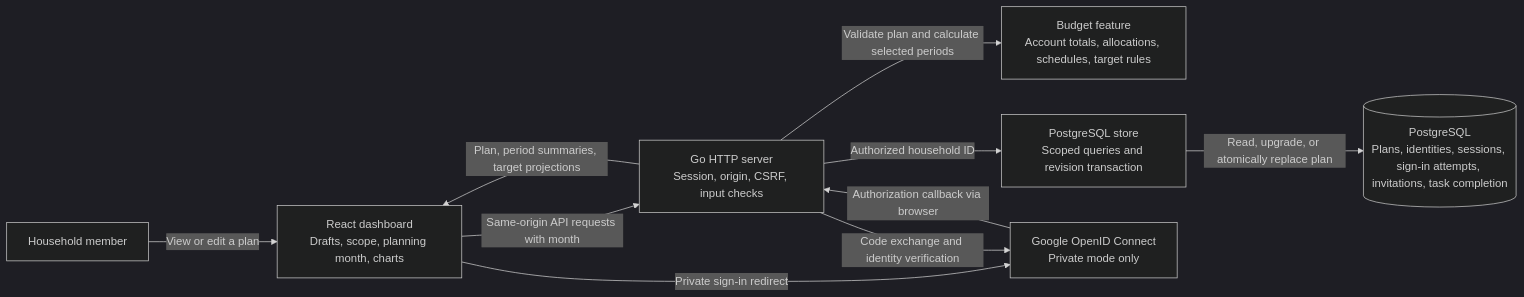
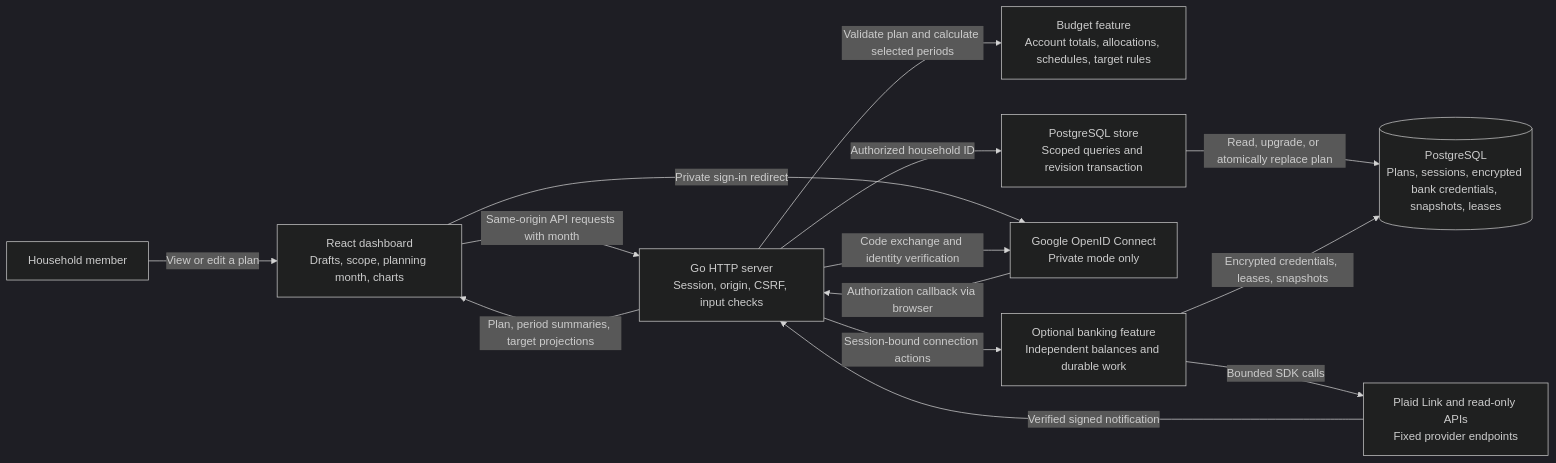
One commit to MichaelGorman2004/Bank-Piggy changed the first of 3 diagrams in docs/system-design/README.md. Above: the diagram before and after it, drawn with Mermaid (dark theme). The commit also changed other lines of this file and 113 other files, not shown here.

Commit message:
Add read-only Plaid connections and Accounts dashboard

````diff
--- a/docs/system-design/README.md
+++ b/docs/system-design/README.md
@@ -13,20 +15,26 @@
 ```mermaid
 flowchart LR
     Member["Household member"]
     Browser["React dashboard<br/>Drafts, scope, planning month, charts"]
     HTTP["Go HTTP server<br/>Session, origin, CSRF, input checks"]
     Budget["Budget feature<br/>Account totals, allocations, schedules, target rules"]
     Store["PostgreSQL store<br/>Scoped queries and revision transaction"]
-    DB[("PostgreSQL<br/>Plans, identities, sessions, sign-in attempts, invitations, task completion")]
+    DB[("PostgreSQL<br/>Plans, sessions, encrypted bank credentials, snapshots, leases")]
     Google["Google OpenID Connect<br/>Private mode only"]
+    Banking["Optional banking feature<br/>Independent balances and durable work"]
+    Plaid["Plaid Link and read-only APIs<br/>Fixed provider endpoints"]
 
     Member -->|"View or edit a plan"| Browser
     Browser -->|"Same-origin API requests with month"| HTTP
     HTTP -->|"Validate plan and calculate selected periods"| Budget
     HTTP -->|"Authorized household ID"| Store
     Store -->|"Read, upgrade, or atomically replace plan"| DB
     HTTP -->|"Plan, period summaries, target projections"| Browser
     Browser -->|"Private sign-in redirect"| Google
     Google -->|"Authorization callback via browser"| HTTP
     HTTP -->|"Code exchange and identity verification"| Google
+    HTTP -->|"Session-bound connection actions"| Banking
+    Banking -->|"Encrypted credentials, leases, snapshots"| DB
+    Banking -->|"Bounded SDK calls"| Plaid
+    Plaid -->|"Verified signed notification"| HTTP
 ```
````
